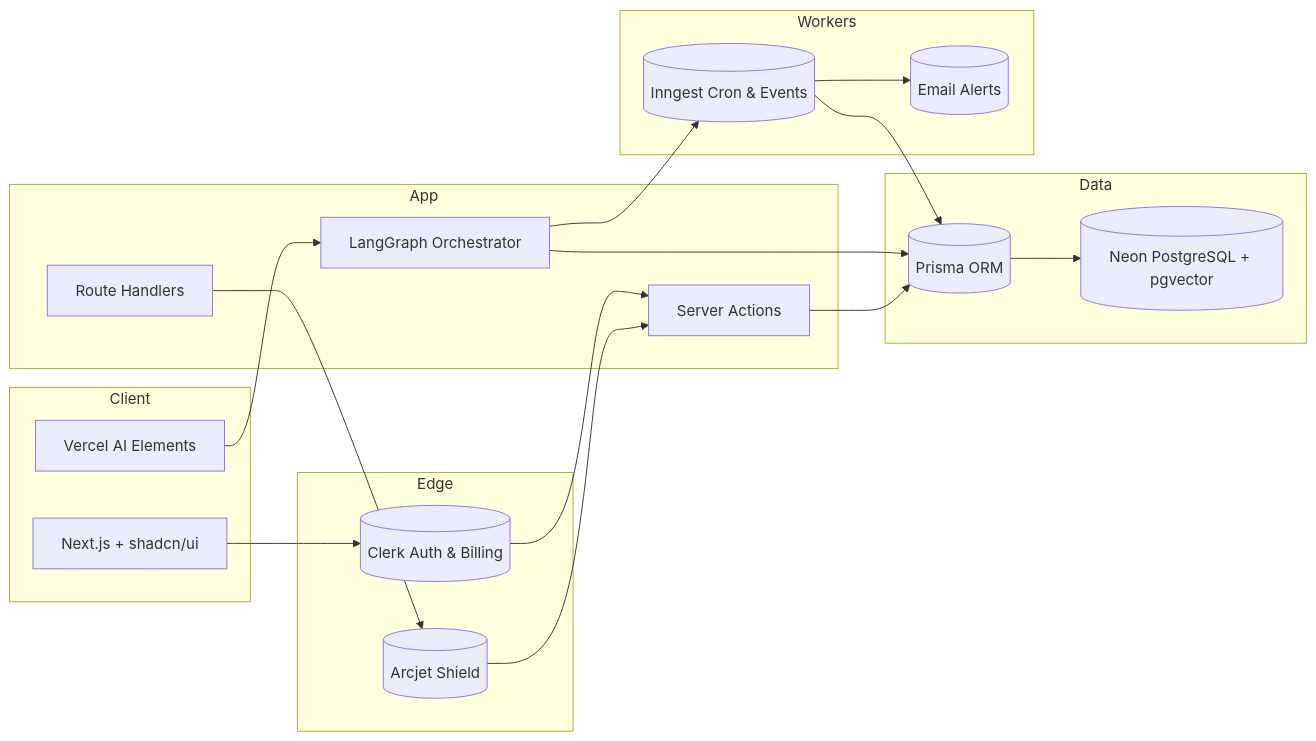
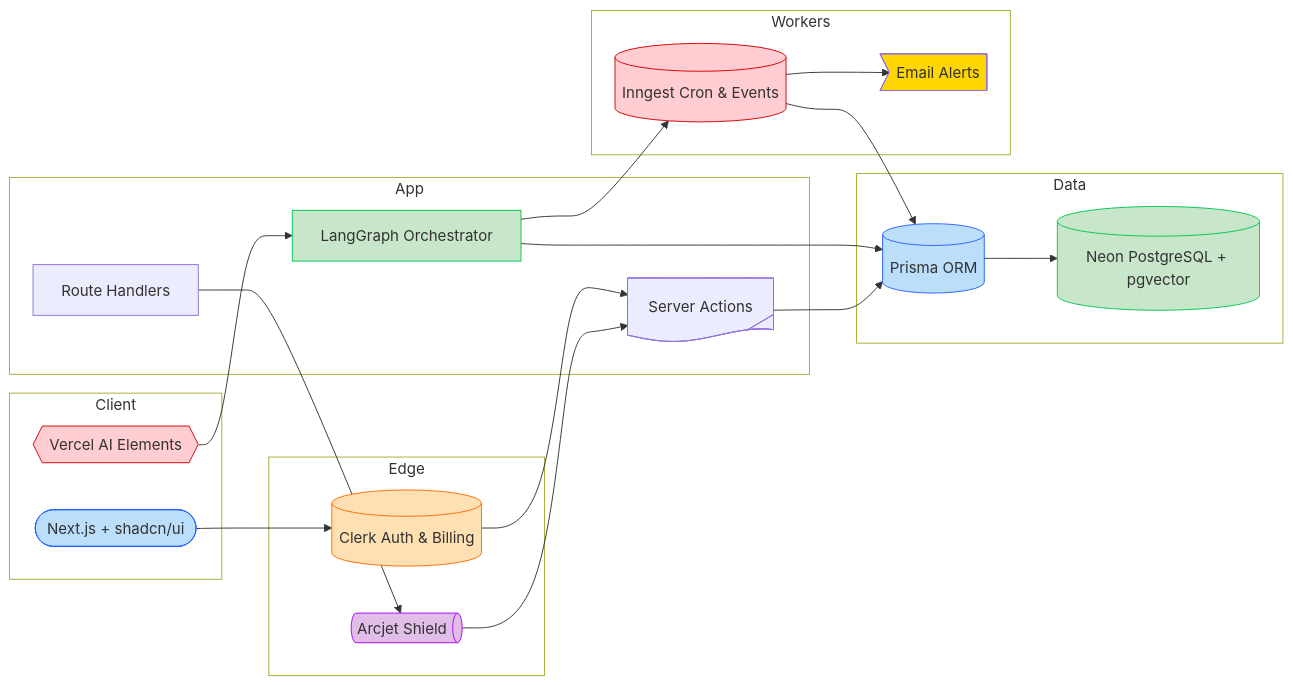
One commit to Pritam-25/spendix-ai changed the second of 2 diagrams in README.md. Above: the diagram before and after it, drawn with Mermaid. The commit also changed 4 other files, not shown here.

````diff
--- a/README.md
+++ b/README.md
@@ -224,36 +224,55 @@
 ```mermaid
+---
+config:
+  theme: default
+---
 flowchart LR
-    subgraph Client
-        UI[Next.js + shadcn/ui]
-        AIAgent[Vercel AI Elements]
-    end
+ subgraph Client["Client"]
+        UI(["Next.js + shadcn/ui"])
+        AIAgent["Vercel AI Elements"]
+  end
+ subgraph Edge["Edge"]
+        Clerk[("Clerk Auth & Billing")]
+        Arcjet["Arcjet Shield"]
+  end
+ subgraph App["App"]
+        Actions["Server Actions"]
+        API["Route Handlers"]
+        LangGraph["LangGraph Orchestrator"]
+  end
+ subgraph Data["Data"]
+        Prisma[("Prisma ORM")]
+        Neon[("Neon PostgreSQL + pgvector")]
+  end
+ subgraph Workers["Workers"]
+        Inngest[("Inngest Cron & Events")]
+        Nodemailer>"Email Alerts"]
+  end
+    UI --> Clerk
+    Clerk --> Actions
+    AIAgent --> LangGraph
+    LangGraph --> Prisma & Inngest
+    Actions --> Prisma
+    Prisma --> Neon
+    API --> Arcjet
+    Arcjet --> Actions
+    Inngest --> Prisma & Nodemailer
 
-    subgraph Edge
-        Clerk[(Clerk Auth & Billing)]
-        Arcjet[(Arcjet Shield)]
-    end
-
-    subgraph App
-        Actions[Server Actions]
-        API[Route Handlers]
-        LangGraph[LangGraph Orchestrator]
-    end
-
-    subgraph Data
-        Prisma[(Prisma ORM)]
-        Neon[(Neon PostgreSQL + pgvector)]
-    end
-
-    subgraph Workers
-        Inngest[(Inngest Cron & Events)]
-        Nodemailer[(Email Alerts)]
-    end
-
-    UI --> Clerk --> Actions
-    AIAgent --> LangGraph --> Prisma
-    Actions --> Prisma --> Neon
-    API --> Arcjet --> Actions
-    Inngest --> Prisma
-    Inngest --> Nodemailer
-    LangGraph --> Inngest
+    AIAgent@{ shape: hex}
+    Arcjet@{ shape: h-cyl}
+    Actions@{ shape: tag-doc}
+    style UI stroke:#2962FF,fill:#BBDEFB
+    style AIAgent fill:#FFCDD2,stroke:#D50000
+    style Clerk fill:#FFE0B2,stroke:#FF6D00
+    style Arcjet fill:#E1BEE7,stroke:#AA00FF
+    style LangGraph fill:#C8E6C9,stroke:#00C853
+    style Prisma fill:#BBDEFB,stroke:#2962FF
+    style Neon fill:#C8E6C9,stroke:#00C853
+    style Inngest fill:#FFCDD2,stroke:#D50000
+    style Nodemailer fill:#FFD600
+    style App fill:transparent
+    style Workers fill:transparent
+    style Data fill:transparent
+    style Edge fill:transparent
+    style Client fill:transparent
 ```
````
